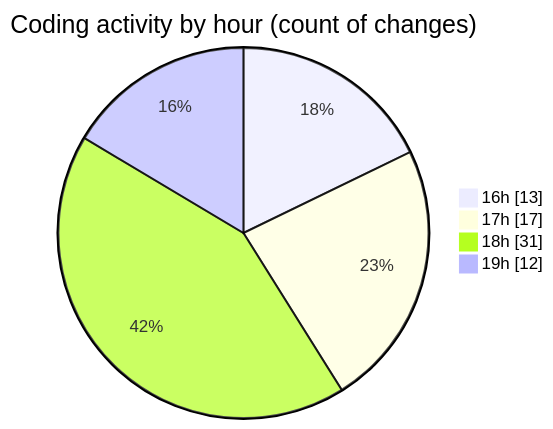
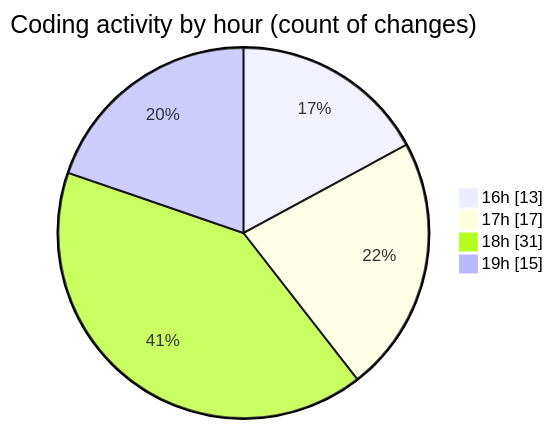
The second of 2 diagrams in 2025-05-28/studio-backend/README.md (idhammustaqopulfikri/code-tracking), drawn with Mermaid before and after one commit. The commit also changed other lines of this file and 1 other file, not shown here.

````diff
--- a/2025-05-28/studio-backend/README.md
+++ b/2025-05-28/studio-backend/README.md
@@ -48,8 +48,8 @@
 ```mermaid
 pie showData
 title Coding activity by hour (count of changes)
 "16h" : 13
 "17h" : 17
 "18h" : 31
-"19h" : 12
+"19h" : 15
 ```
````
